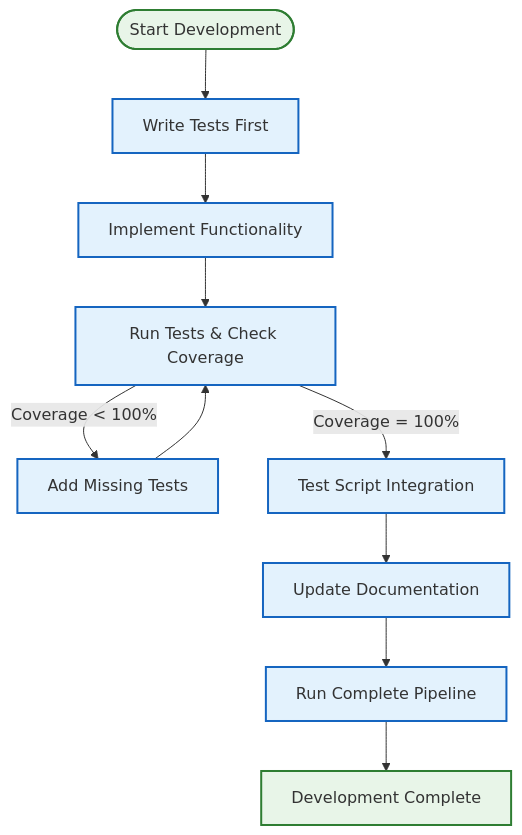
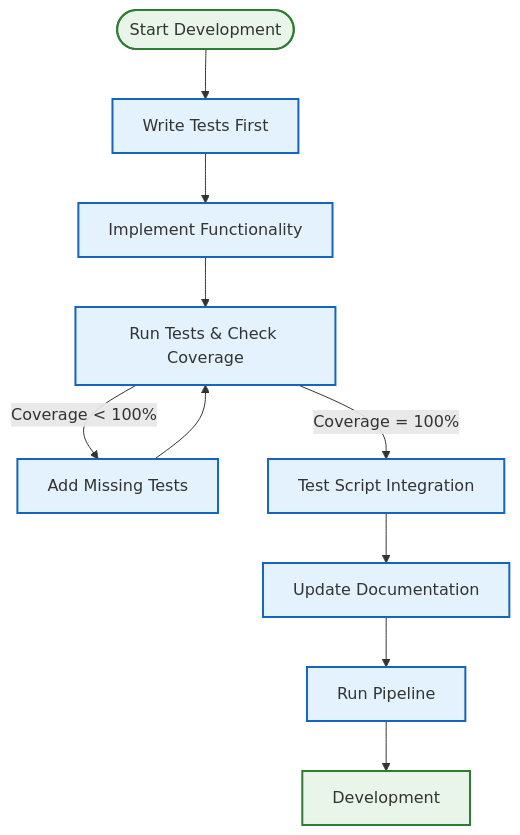
One commit to docxology/template changed the second of 3 diagrams in docs/core/WORKFLOW.md. Above: the diagram before and after it, drawn with Mermaid. The commit also changed other lines of this file and 1586 other files, not shown here.

````diff
--- a/docs/core/WORKFLOW.md
+++ b/docs/core/WORKFLOW.md
@@ -111,19 +111,19 @@
 ```mermaid
 flowchart TD
     START([Start Development]) --> TESTS[Write Tests First]
     TESTS --> IMPLEMENT[Implement Functionality]
     IMPLEMENT --> VALIDATE[Run Tests & Check Coverage]
     VALIDATE -->|Coverage < 100%| ADD_TESTS[Add Missing Tests]
     ADD_TESTS --> VALIDATE
     VALIDATE -->|Coverage = 100%| INTEGRATION[Test Script Integration]
     INTEGRATION --> DOCS[Update Documentation]
-    DOCS --> PIPELINE[Run Complete Pipeline]
-    PIPELINE --> SUCCESS[Development Complete]
+    DOCS --> PIPELINE[Run Pipeline]
+    PIPELINE --> SUCCESS[Development]
 
     classDef process fill:#e3f2fd,stroke:#1565c0,stroke-width:2px
     classDef decision fill:#fff3e0,stroke:#e65100,stroke-width:2px
     classDef success fill:#e8f5e8,stroke:#2e7d32,stroke-width:2px
 
     class TESTS,IMPLEMENT,VALIDATE,ADD_TESTS,INTEGRATION,DOCS,PIPELINE process
     class START,SUCCESS success
 ```
````
